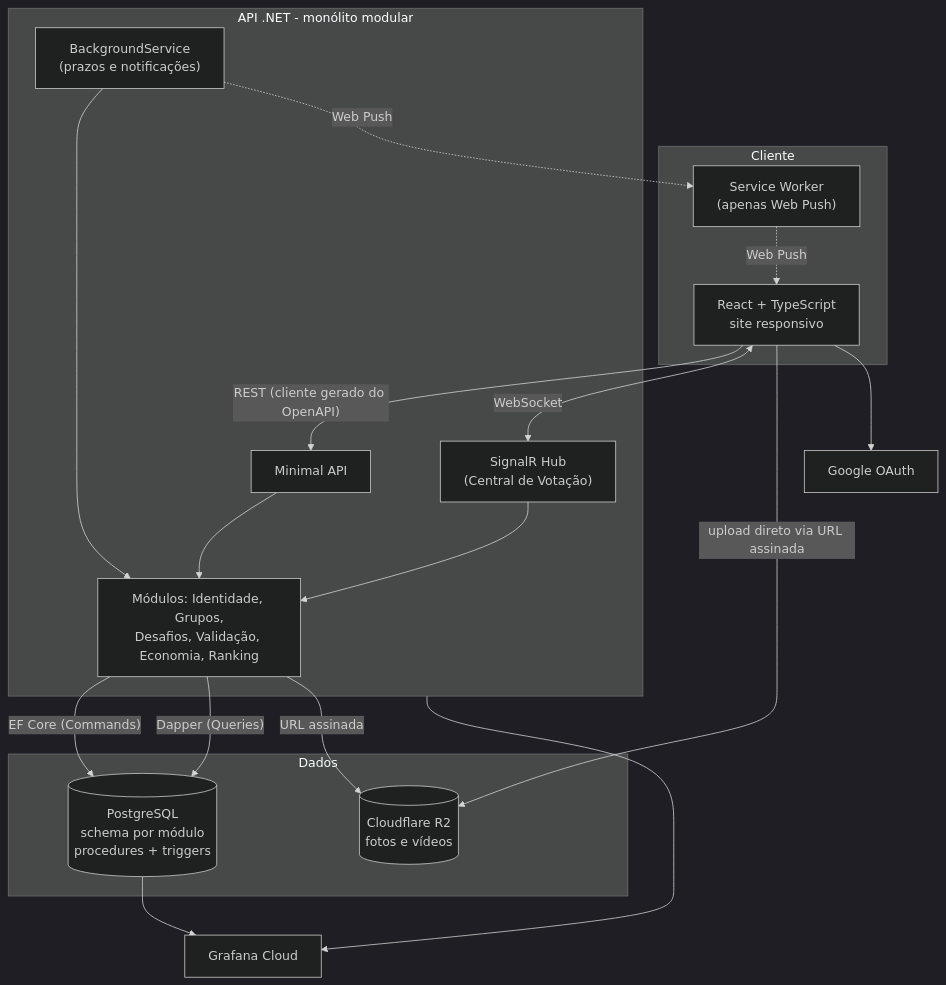
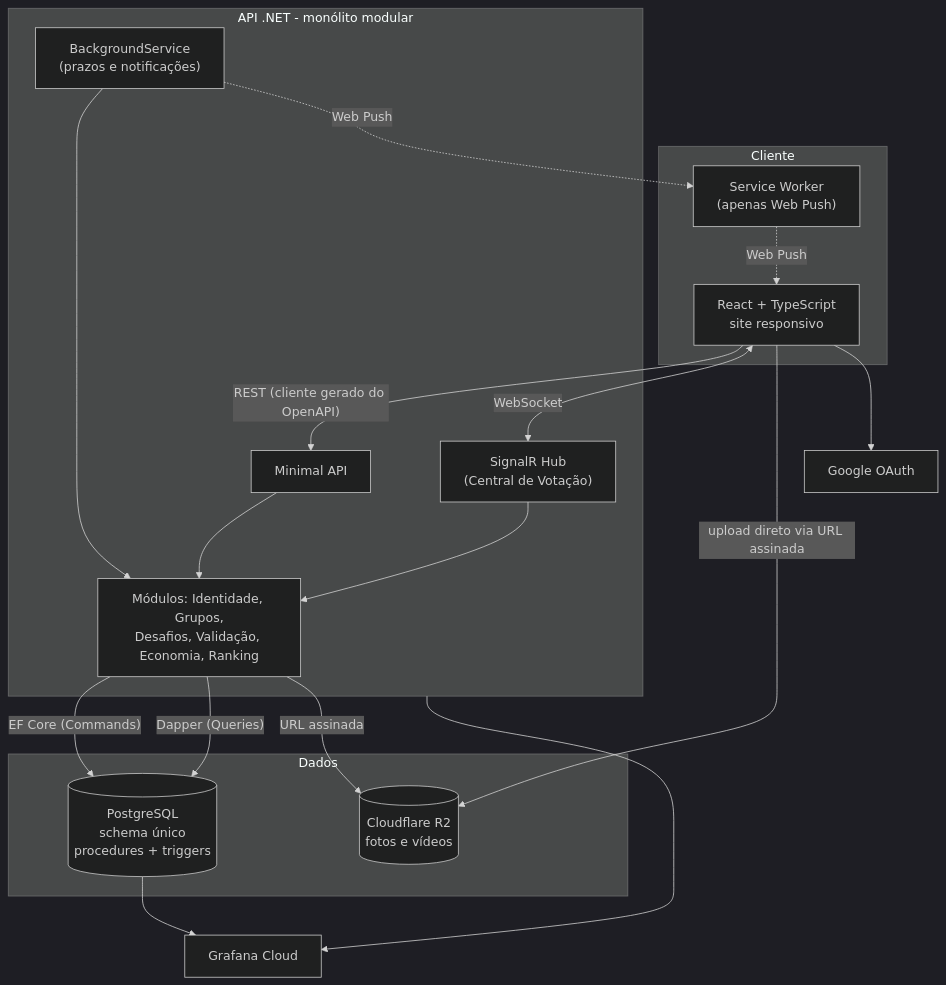
Before and after one commit to SecreTavin/A3-banco-de-dados: the first of 2 diagrams in docs/02-arquitetura/13-visao-geral.md, drawn with Mermaid (dark theme). The commit also changed other lines of this file and 20 other files, not shown here.

````diff
--- a/docs/02-arquitetura/13-visao-geral.md
+++ b/docs/02-arquitetura/13-visao-geral.md
@@ -11,38 +11,38 @@
 ```mermaid
 flowchart TB
     subgraph Cliente
         WEB["React + TypeScript<br/>site responsivo"]
         SW["Service Worker<br/>(apenas Web Push)"]
     end
 
     subgraph API["API .NET - monólito modular"]
         REST["Minimal API"]
         HUB["SignalR Hub<br/>(Central de Votação)"]
         BG["BackgroundService<br/>(prazos e notificações)"]
         MOD["Módulos: Identidade, Grupos,<br/>Desafios, Validação, Economia, Ranking"]
     end
 
     subgraph Dados
-        PG[("PostgreSQL<br/>schema por módulo<br/>procedures + triggers")]
+        PG[("PostgreSQL<br/>schema único<br/>procedures + triggers")]
         R2[("Cloudflare R2<br/>fotos e vídeos")]
     end
 
     GOOGLE["Google OAuth"]
     GRAFANA["Grafana Cloud"]
 
     WEB -->|"REST (cliente gerado do OpenAPI)"| REST
     WEB <-->|"WebSocket"| HUB
     WEB -->|"upload direto via URL assinada"| R2
     WEB --> GOOGLE
     SW -.->|"Web Push"| WEB
 
     REST --> MOD
     HUB --> MOD
     BG --> MOD
     MOD -->|"EF Core (Commands)"| PG
     MOD -->|"Dapper (Queries)"| PG
     MOD -->|"URL assinada"| R2
     BG -.->|"Web Push"| SW
     API --> GRAFANA
     PG --> GRAFANA
 ```
````
